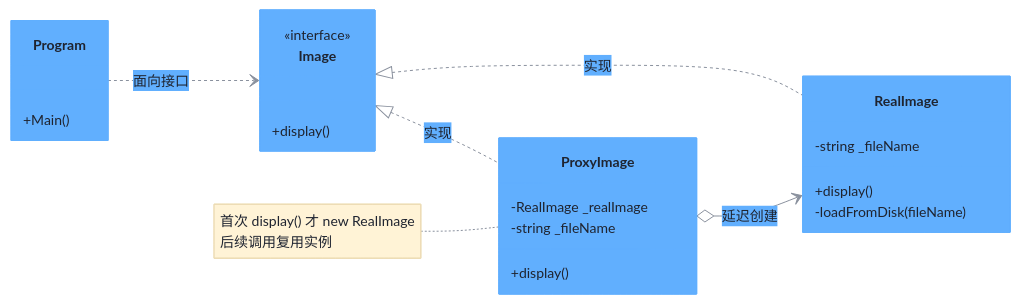
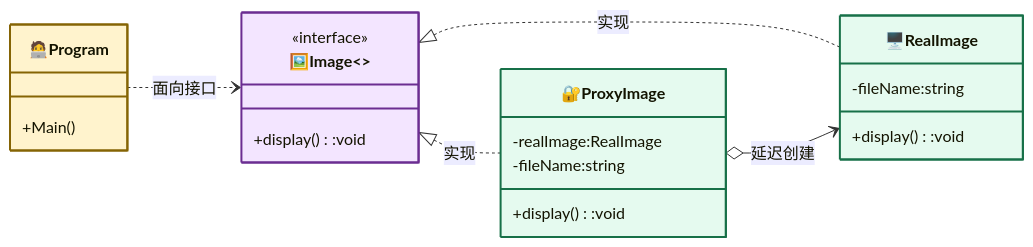
One commit to hollson/design_patterns changed the diagram in ProxyPattern/README.md. Above: the diagram before and after it, drawn with Mermaid. The commit also changed other lines of this file and 19 other files, not shown here.

Commit message:
docs: refactor mermaid diagrams to basic GoF model style for all 20 design patterns

````diff
--- a/ProxyPattern/README.md
+++ b/ProxyPattern/README.md
@@ -20,28 +31,31 @@
 ```mermaid
-%%{init: {"theme": "base", "themeVariables": {"primaryColor": "#61affe", "primaryTextColor": "#1f2430", "primaryBorderColor": "#61affe", "lineColor": "#8a919e", "secondaryColor": "#eaf2fb", "tertiaryColor": "#f5f7fa", "noteBkgColor": "#fff3d6", "noteTextColor": "#1f2430", "fontSize": "14px"}}}%%
+%%{init: {"classDiagram": {"useMarkdownLabels": true}} }%%
 classDiagram
     direction LR
-    class Image {
+
+    class Subject["🖼️Image<<interface>>"]:::strategyCls{
         <<interface>>
-        +display()
+        +display():void
     }
-    class RealImage {
-        -string _fileName
-        +display()
-        -loadFromDisk(fileName)
+    class RealSubject["🖥️RealImage"]:::concreteCls{
+        -fileName:string
+        +display():void
     }
-    class ProxyImage {
-        -RealImage _realImage
-        -string _fileName
-        +display()
+    class Proxy["🔐ProxyImage"]:::concreteCls{
+        -realImage:RealImage
+        -fileName:string
+        +display():void
     }
-    class Program {
+    class Client["🧑‍💻Program"]:::contextCls{
         +Main()
     }
 
-    Image <|.. RealImage : 实现
-    Image <|.. ProxyImage : 实现
-    ProxyImage o--> RealImage : 延迟创建
-    Program ..> Image : 面向接口
-    note for ProxyImage "首次 display() 才 new RealImage<br/>后续调用复用实例"
+    Subject <|.. RealSubject : 实现
+    Subject <|.. Proxy : 实现
+    Proxy o--> RealSubject : 延迟创建
+    Client ..> Subject : 面向接口
+
+    classDef contextCls fill:#fff3cd,stroke:#856404,stroke-width:2px
+    classDef strategyCls fill:#f3e5ff,stroke:#6b2d91,stroke-width:2px
+    classDef concreteCls fill:#e5faef,stroke:#177048,stroke-width:2px
 ```
````
